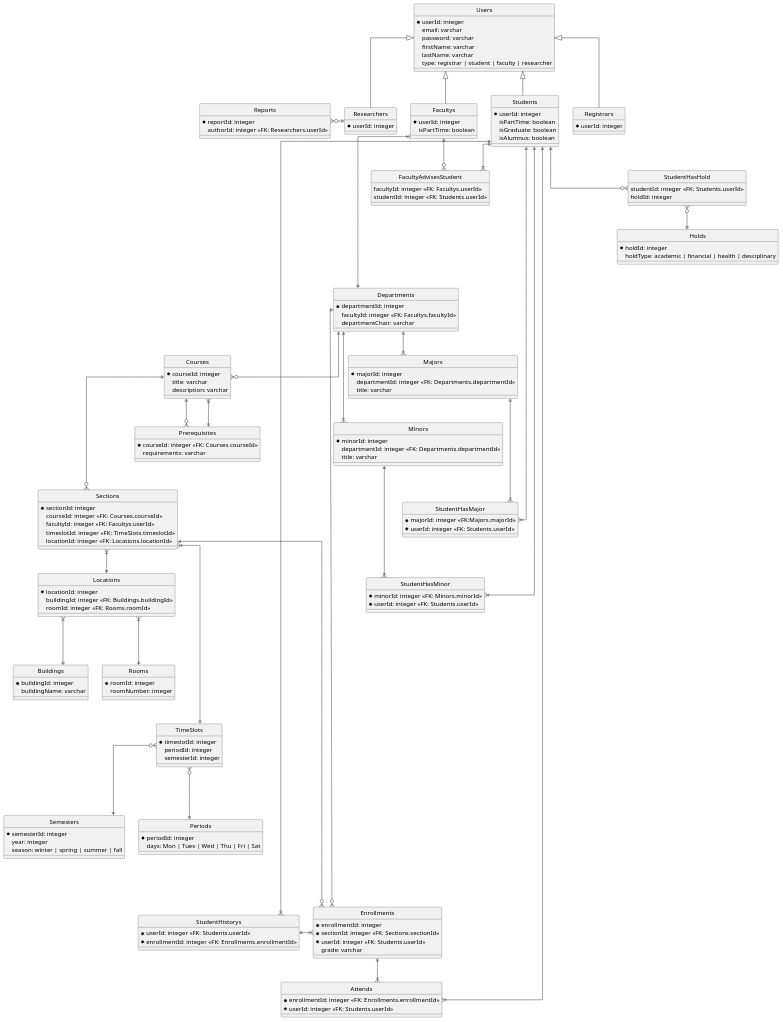
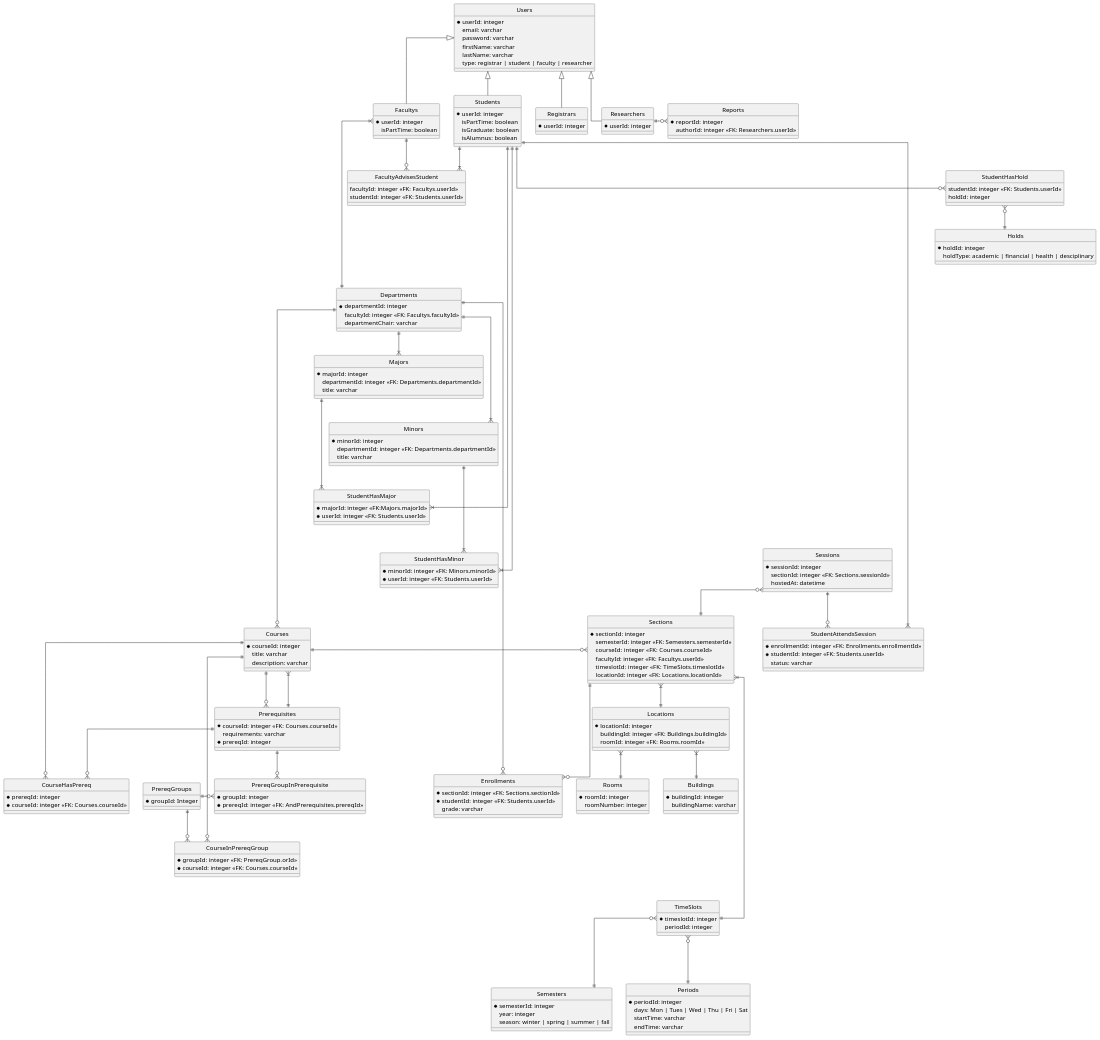
Before and after one commit to ow-fall2019-sysdes-nll/course-assistant: the diagram in design/entities.puml, drawn with PlantUML. The commit also changed 2 other files, not shown here.

Commit message:
Update model and database schema diagram

```diff
--- a/design/entities.puml
+++ b/design/entities.puml
@@ -115,10 +115,17 @@
 
     entity Sections {
         * sectionId: integer
+        semesterId: integer <<FK: Semesters.semesterId>>
         courseId: integer  <<FK: Courses.courseId>>
         facultyId: integer <<FK: Facultys.userId>>
         timeslotId: integer  <<FK: TimeSlots.timeslotId>>
         locationId: integer <<FK: Locations.locationId>>
+    }
+
+    entity Enrollments {
+        * sectionId: integer <<FK: Sections.sectionId>>
+        * studentId: integer <<FK: Students.userId>>
+        grade: varchar
     }
 
     together {
@@ -143,7 +150,6 @@
         entity TimeSlots  {
             * timeslotId: integer
             periodId: integer
-            semesterId: integer
         }
 
         entity Semesters {
@@ -152,40 +158,71 @@
             season: winter | spring | summer | fall
         }
 
-        entity Periods { 
+        entity Periods {
             * periodId: integer
-            days: Mon | Tues | Wed | Thu | Fri | Sat 
+            days: Mon | Tues | Wed | Thu | Fri | Sat
+            startTime: varchar
+            endTime: varchar
         }
         
     }
 }
 
 together {
-    entity Attends { 
-        * enrollmentId: integer <<FK: Enrollments.enrollmentId>>
-        * userId: integer <<FK: Students.userId>>
+     entity Sessions {
+        * sessionId: integer
+        sectionId: integer <<FK: Sections.sessionId>>
+        hostedAt: datetime
     }
 
-    entity Enrollments {
-        * enrollmentId: integer
-        * sectionId: integer <<FK: Sections.sectionId>>
-        * userId: integer <<FK: Students.userId>>
-        grade: varchar 
-    }
-
-    entity StudentHistorys {
-        * userId: integer <<FK: Students.userId>>
+    entity StudentAttendsSession { 
         * enrollmentId: integer <<FK: Enrollments.enrollmentId>>
+        * studentId: integer <<FK: Students.userId>>
+        status: varchar
     }
 }
 
+together {
+
+    entity Prerequisites {
+        * prereqId: integer
+    }
+
+    entity CourseHasPrereq {
+        * prereqId: integer
+        * courseId: integer <<FK: Courses.courseId>>
+    }
+
+    entity PrereqGroupInPrerequisite {
+        * groupId: integer
+        * prereqId: integer <<FK: AndPrerequisites.prereqId>>
+    }
+
+    entity PrereqGroups {
+        * groupId: Integer
+    }
+
+    entity CourseInPrereqGroup {
+        * groupId: integer <<FK: PrereqGroup.orId>>
+        * courseId: integer <<FK: Courses.courseId>>
+    }
+}
+
+Prerequisites ||--o{ CourseHasPrereq
+Courses ||--o{ CourseHasPrereq
+PrereqGroups ||-o{ PrereqGroupInPrerequisite
+Prerequisites ||--o{ PrereqGroupInPrerequisite
+Courses ||--o{ CourseInPrereqGroup
+PrereqGroups ||--o{ CourseInPrereqGroup
 
 Students ||--|{ FacultyAdvisesStudent
 Students ||--o{ StudentHasHold
 Students ||----|{ StudentHasMinor
 Students ||-----|{ StudentHasMajor
-Students ||---------------|{ StudentHistorys
-Students ||------|{ Attends
+Students ||------|{ StudentAttendsSession
+
+Sessions }o--|| Sections
+Sessions ||--o{ StudentAttendsSession
 
 StudentHasHold }o--|| Holds
 
@@ -196,13 +233,13 @@
 
 Departments ||--|{ Majors
 Departments ||---|{ Minors
-Departments ||--o{ Courses
+Departments ||------o{ Courses
 Departments ||------o{ Enrollments
 
 Minors ||---|{ StudentHasMinor
 Majors ||---|{ StudentHasMajor
 
-Courses ||---o{ Sections
+Courses ||-o{ Sections
 
 Sections }|--|| Locations
 Sections ||---o{ Enrollments
@@ -211,11 +248,9 @@
 TimeSlots }o---|| Semesters
 TimeSlots }o---|| Periods
 
-Locations }|---|| Rooms
-Locations }|---|| Buildings
-
-StudentHistorys ||-|{ Enrollments
-Enrollments ||--|{ Attends 
+Locations }|--|| Rooms
+Locations }|--|| Buildings
+ 
 
 
 
```
